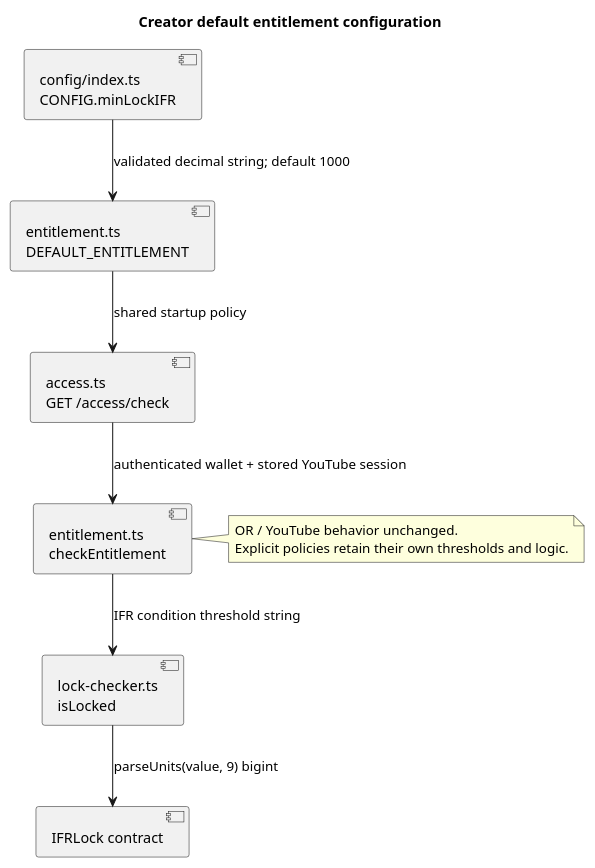
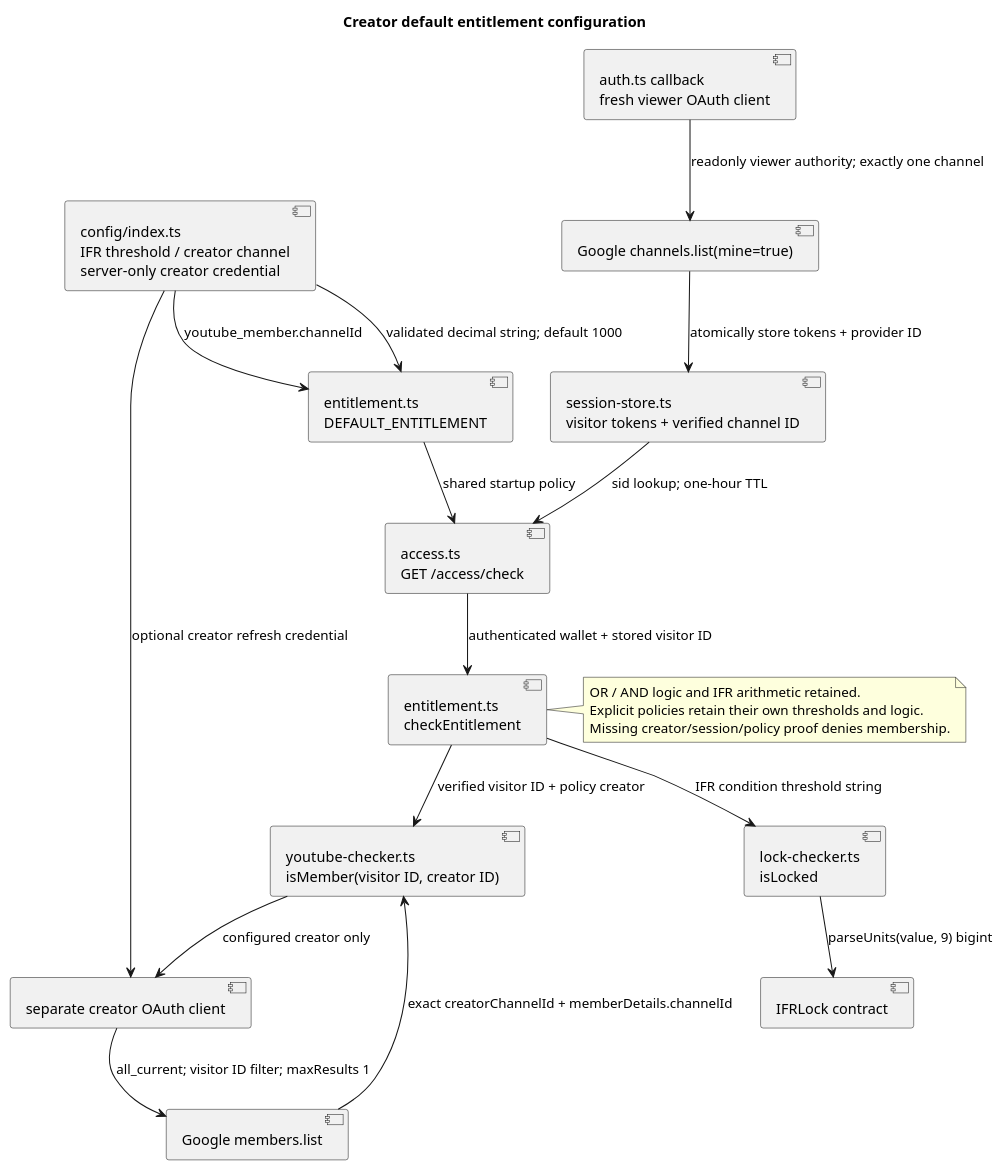
The third of 17 diagrams in docs/architecture/map.puml (NeaBouli/inferno), drawn with PlantUML before and after one commit. The commit also changed 18 other files, not shown here.

Commit message:
fix(creator): bind paid membership to verified channel identities

```diff
--- a/docs/architecture/map.puml
+++ b/docs/architecture/map.puml
@@ -74,18 +74,34 @@
 @startuml creator_default_entitlement
 title Creator default entitlement configuration
-component "config/index.ts\nCONFIG.minLockIFR" as CreatorConfig
+component "config/index.ts\nIFR threshold / creator channel\nserver-only creator credential" as CreatorConfig
 component "entitlement.ts\nDEFAULT_ENTITLEMENT" as CreatorPolicy
 component "access.ts\nGET /access/check" as CreatorAccess
 component "entitlement.ts\ncheckEntitlement" as CreatorCheck
 component "lock-checker.ts\nisLocked" as CreatorLock
 component "IFRLock contract" as CreatorContract
+component "auth.ts callback\nfresh viewer OAuth client" as CreatorCallback
+component "Google channels.list(mine=true)" as VisitorIdentity
+component "session-store.ts\nvisitor tokens + verified channel ID" as CreatorSession
+component "youtube-checker.ts\nisMember(visitor ID, creator ID)" as MembershipCheck
+component "separate creator OAuth client" as CreatorOAuth
+component "Google members.list" as MembersAPI
 CreatorConfig --> CreatorPolicy : validated decimal string; default 1000
 CreatorPolicy --> CreatorAccess : shared startup policy
-CreatorAccess --> CreatorCheck : authenticated wallet + stored YouTube session
+CreatorAccess --> CreatorCheck : authenticated wallet + stored visitor ID
 CreatorCheck --> CreatorLock : IFR condition threshold string
 CreatorLock --> CreatorContract : parseUnits(value, 9) bigint
+CreatorCallback --> VisitorIdentity : readonly viewer authority; exactly one channel
+VisitorIdentity --> CreatorSession : atomically store tokens + provider ID
+CreatorSession --> CreatorAccess : sid lookup; one-hour TTL
+CreatorConfig --> CreatorPolicy : youtube_member.channelId
+CreatorCheck --> MembershipCheck : verified visitor ID + policy creator
+CreatorConfig --> CreatorOAuth : optional creator refresh credential
+MembershipCheck --> CreatorOAuth : configured creator only
+CreatorOAuth --> MembersAPI : all_current; visitor ID filter; maxResults 1
+MembersAPI --> MembershipCheck : exact creatorChannelId + memberDetails.channelId
 note right of CreatorCheck
-  OR / YouTube behavior unchanged.
+  OR / AND logic and IFR arithmetic retained.
   Explicit policies retain their own thresholds and logic.
+  Missing creator/session/policy proof denies membership.
 end note
 @enduml
```
